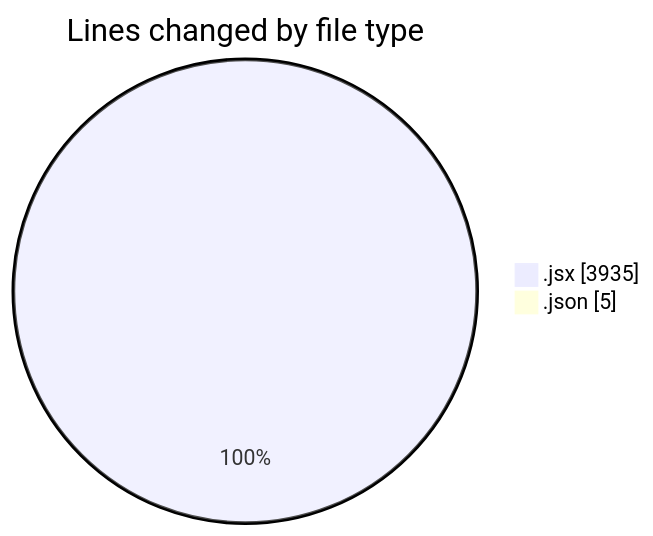
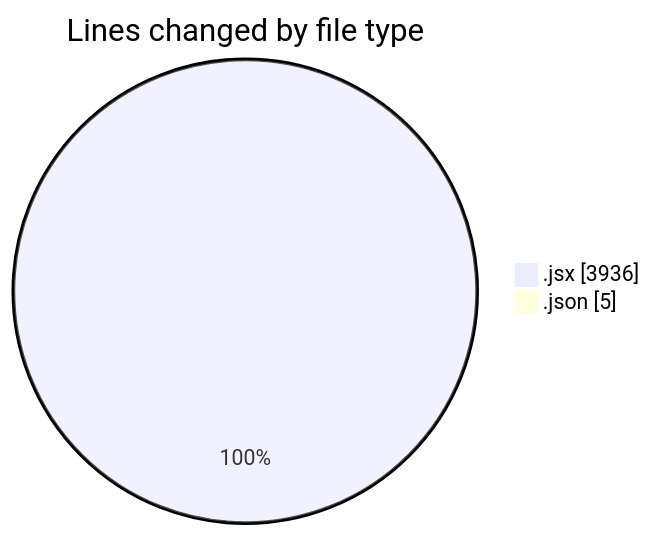
The first of 2 diagrams in 2025-11-18/nxtqube_webapp/README.md (nxtqubesakshisongat/code-tracking), drawn with Mermaid before and after one commit. The commit also changed other lines of this file and 1 other file, not shown here.

````diff
--- a/2025-11-18/nxtqube_webapp/README.md
+++ b/2025-11-18/nxtqube_webapp/README.md
@@ -24,6 +24,6 @@
 ```mermaid
 pie showData
 title Lines changed by file type
-".jsx" : 3935
+".jsx" : 3936
 ".json" : 5
 ```
````
